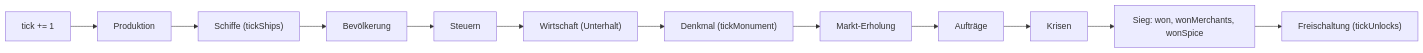
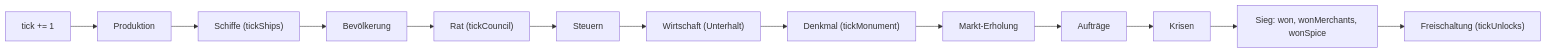
One commit to konstantinniedermann/Inselreich changed the sixth of 12 diagrams in docs/arc42.md. Above: the diagram before and after it, drawn with Mermaid. The commit also changed other lines of this file and 3 other files, not shown here.

````diff
--- a/docs/arc42.md
+++ b/docs/arc42.md
@@ -417,5 +419,5 @@
 ```mermaid
 flowchart LR
-  T["tick += 1"] --> P["Produktion"] --> H["Schiffe (tickShips)"] --> B["Bevölkerung"] --> S["Steuern"] --> W["Wirtschaft (Unterhalt)"] --> D["Denkmal (tickMonument)"]
+  T["tick += 1"] --> P["Produktion"] --> H["Schiffe (tickShips)"] --> B["Bevölkerung"] --> R["Rat (tickCouncil)"] --> S["Steuern"] --> W["Wirtschaft (Unterhalt)"] --> D["Denkmal (tickMonument)"]
   D --> M["Markt-Erholung"] --> O["Aufträge"] --> K["Krisen"] --> V["Sieg: won, wonMerchants, wonSpice"] --> U["Freischaltung (tickUnlocks)"]
 ```
````
